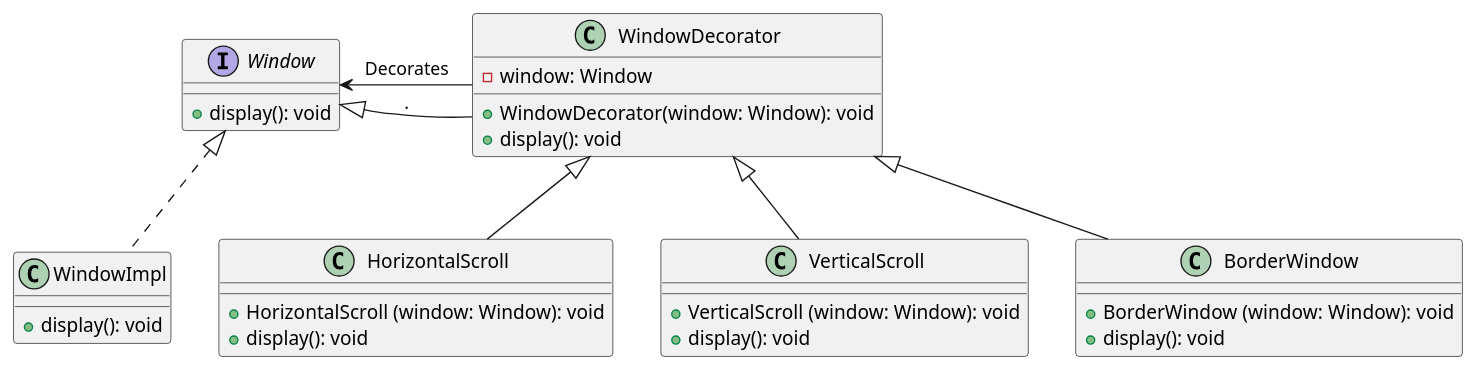
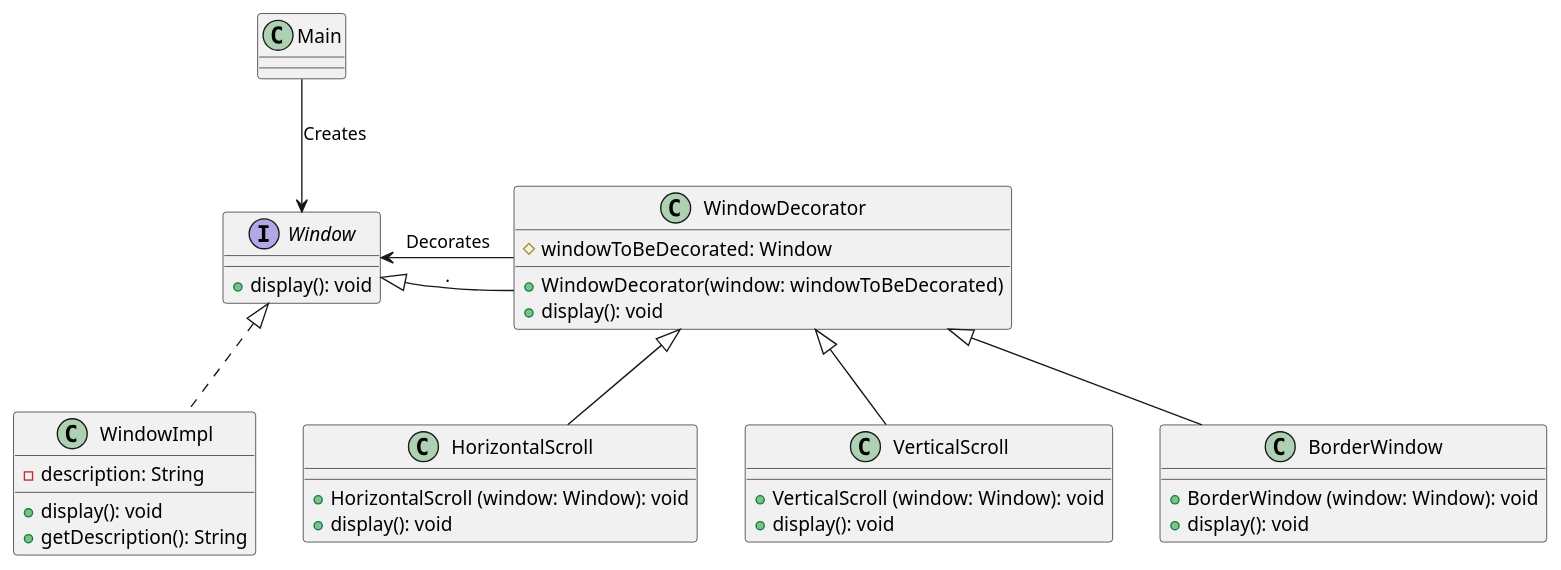
Before and after one commit to eduherrodp/model_based_development: the diagram in src/modelbaseddevelopment/window/window_diagram.puml, drawn with PlantUML. The commit also changed 4 other files, not shown here.

Commit message:
Diagram modified

```diff
--- a/src/modelbaseddevelopment/window/window_diagram.puml
+++ b/src/modelbaseddevelopment/window/window_diagram.puml
@@ -1,32 +1,35 @@
 @startuml
 'https://plantuml.com/class-diagram
-
+Main -down-> Window: Creates
 interface Window {
     +display(): void
 }
+class WindowImpl implements Window {
+    -description: String
+    +display(): void
+    +getDescription(): String
+}
 class WindowDecorator {
-    -window: Window
-    +WindowDecorator(window: Window): void
+    #windowToBeDecorated: Window
+    +WindowDecorator(window: windowToBeDecorated)
     +display(): void
 }
 
-class WindowImpl implements Window {
-    +display(): void
-}
+
 WindowDecorator -left-> Window: Decorates
 WindowDecorator -right-|> Window: .
 
 class HorizontalScroll  extends WindowDecorator {
     +HorizontalScroll (window: Window): void
     +display(): void
 }
 class VerticalScroll extends WindowDecorator {
     +VerticalScroll (window: Window): void
     +display(): void
 }
 class BorderWindow extends WindowDecorator {
     +BorderWindow (window: Window): void
     +display(): void
 }
 
 @enduml
```
